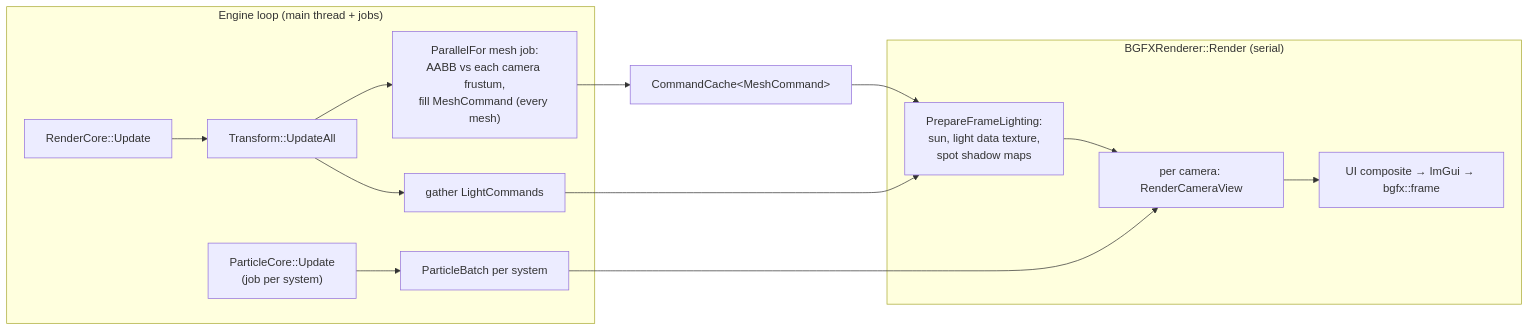
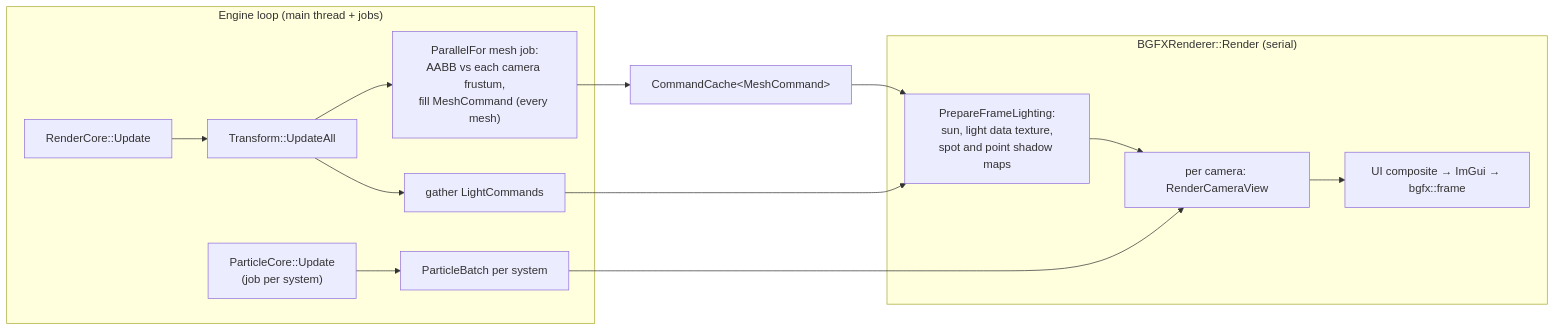
One commit to wobbier/MitchEngine changed the diagram in Docs/Rendering-Pipeline.md. Above: the diagram before and after it, drawn with Mermaid. The commit also changed other lines of this file and 1 other file, not shown here.

Commit message:
📚 Docs: point-light shadows and the local shadow atlas

````diff
--- a/Docs/Rendering-Pipeline.md
+++ b/Docs/Rendering-Pipeline.md
@@ -59,17 +59,17 @@
 ```mermaid
 flowchart LR
     subgraph ECS["Engine loop (main thread + jobs)"]
         PC["ParticleCore::Update<br/>(job per system)"] --> PB["ParticleBatch per system"]
         RC["RenderCore::Update"] --> TU["Transform::UpdateAll"]
         TU --> LG["gather LightCommands"]
         TU --> MJ["ParallelFor mesh job:<br/>AABB vs each camera frustum,<br/>fill MeshCommand (every mesh)"]
     end
     MJ --> MC["CommandCache&lt;MeshCommand&gt;"]
     subgraph R["BGFXRenderer::Render (serial)"]
-        F["PrepareFrameLighting:<br/>sun, light data texture,<br/>spot shadow maps"] --> C["per camera: RenderCameraView"]
+        F["PrepareFrameLighting:<br/>sun, light data texture,<br/>spot and point shadow maps"] --> C["per camera: RenderCameraView"]
         C --> P["UI composite → ImGui → bgfx::frame"]
     end
     MC --> F
     LG --> F
     PB --> C
 ```
````
